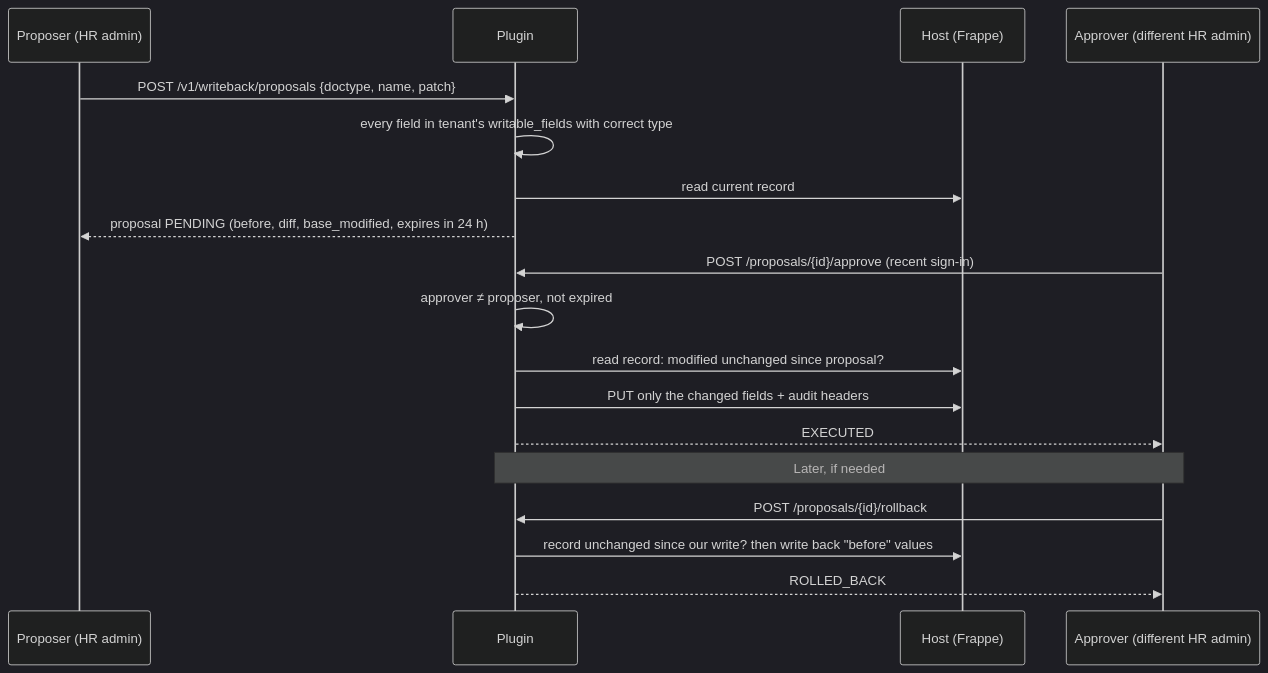
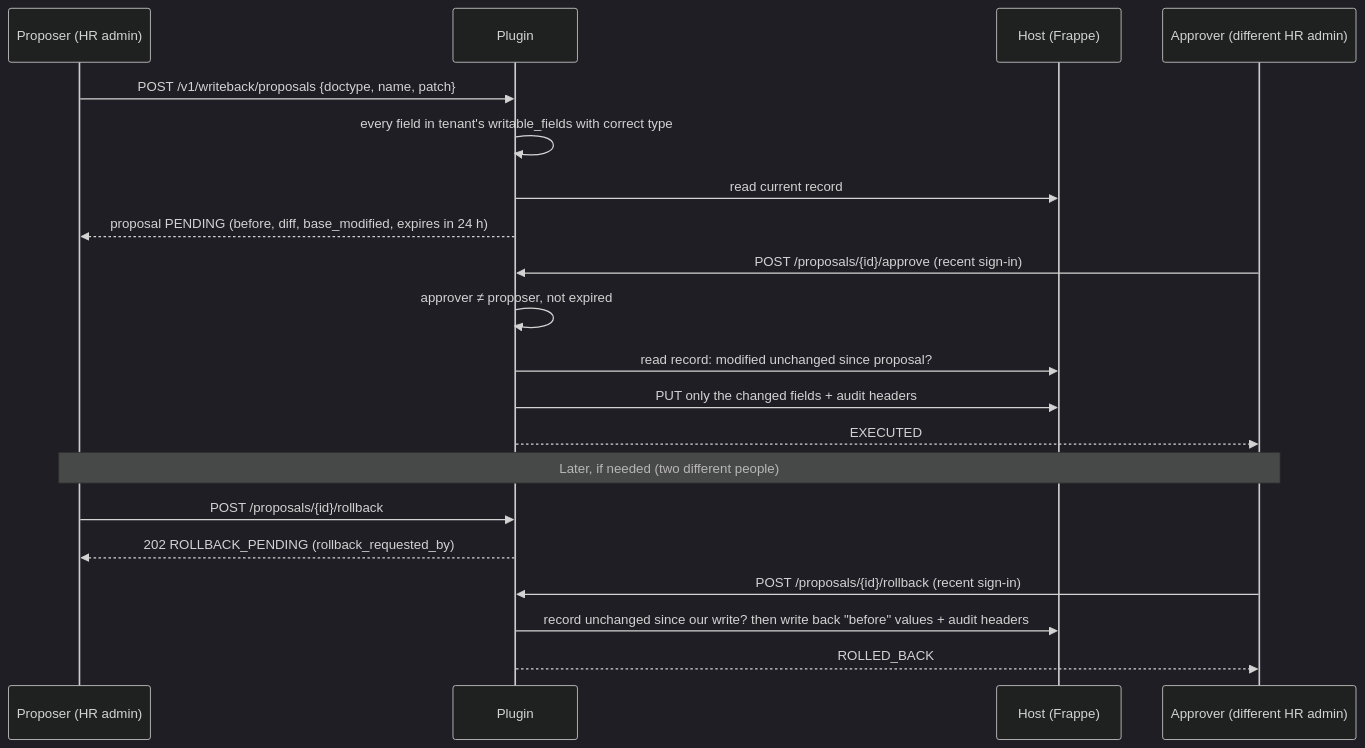
One commit to Saswat-Mohanty144/Agentic-Plugin changed the eighth of 8 diagrams in README.md. Above: the diagram before and after it, drawn with Mermaid (dark theme). The commit also changed other lines of this file and 1 other file, not shown here.

````diff
--- a/README.md
+++ b/README.md
@@ -524,20 +543,22 @@
 ```mermaid
 sequenceDiagram
     participant A as Proposer (HR admin)
     participant S as Plugin
     participant H as Host (Frappe)
     participant B as Approver (different HR admin)
     A->>S: POST /v1/writeback/proposals {doctype, name, patch}
     S->>S: every field in tenant's writable_fields with correct type
     S->>H: read current record
     S-->>A: proposal PENDING (before, diff, base_modified, expires in 24 h)
     B->>S: POST /proposals/{id}/approve (recent sign-in)
     S->>S: approver ≠ proposer, not expired
     S->>H: read record: modified unchanged since proposal?
     S->>H: PUT only the changed fields + audit headers
     S-->>B: EXECUTED
-    Note over B,S: Later, if needed
-    B->>S: POST /proposals/{id}/rollback
-    S->>H: record unchanged since our write? then write back "before" values
+    Note over A,B: Later, if needed (two different people)
+    A->>S: POST /proposals/{id}/rollback
+    S-->>A: 202 ROLLBACK_PENDING (rollback_requested_by)
+    B->>S: POST /proposals/{id}/rollback (recent sign-in)
+    S->>H: record unchanged since our write? then write back "before" values + audit headers
     S-->>B: ROLLED_BACK
 ```
````
